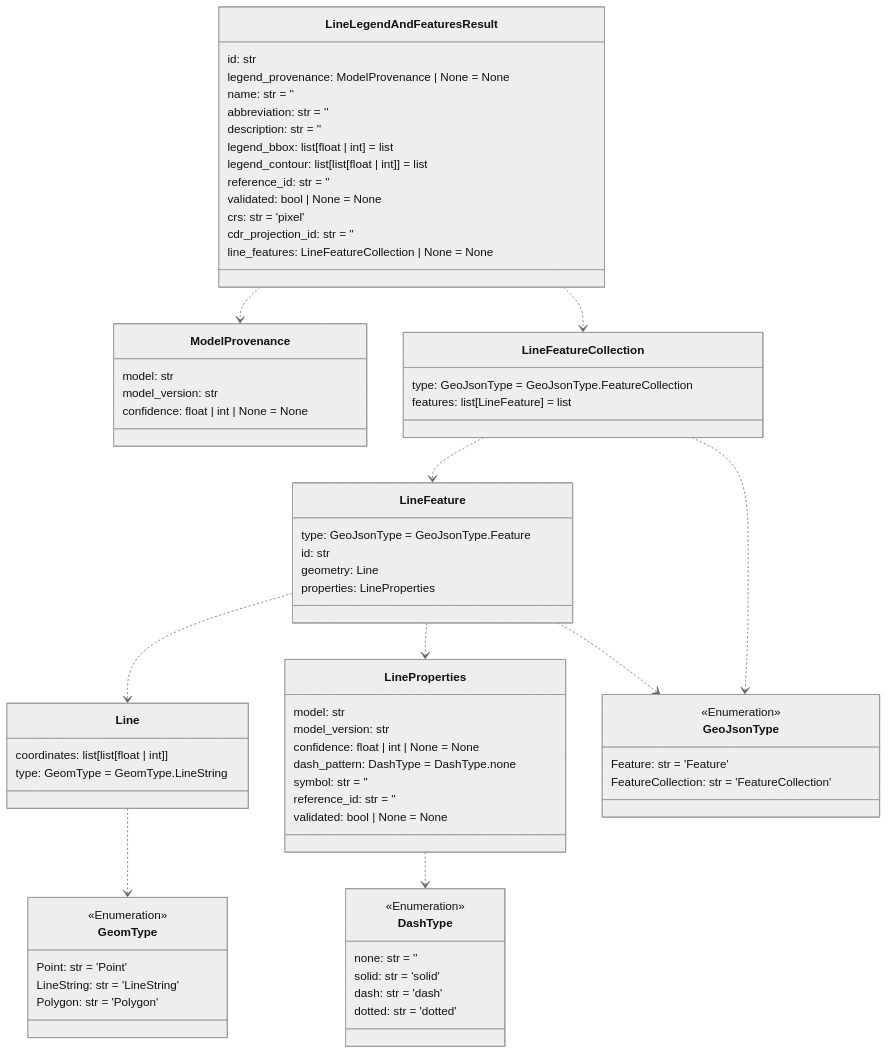
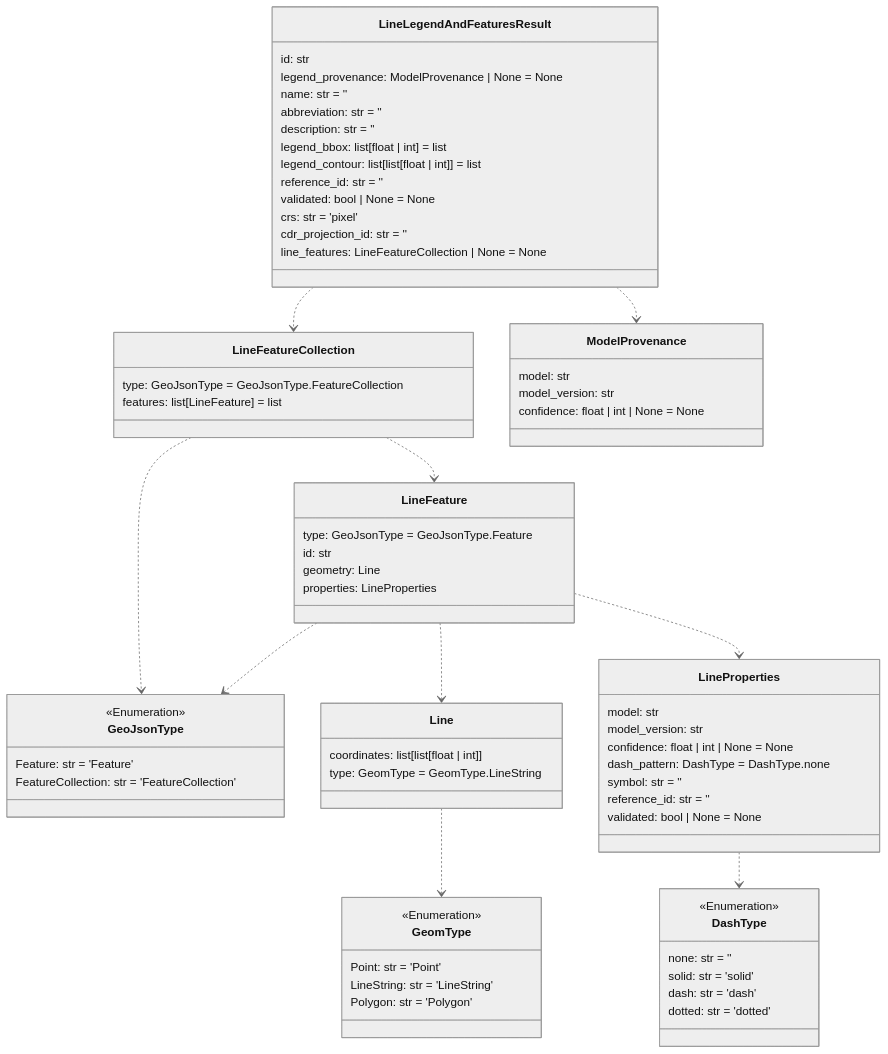
One commit to DARPA-CRITICALMAAS/cdr_schemas changed the sixth of 14 diagrams in README.md. Above: the diagram before and after it, drawn with Mermaid (neutral theme). The commit also changed other lines of this file and 1 other file, not shown here.

````diff
--- a/README.md
+++ b/README.md
@@ -452,84 +452,84 @@
 ```mermaid
 classDiagram
+
+    class DashType {
+        <<Enumeration>>
+        none: str = ''
+        solid: str = 'solid'
+        dash: str = 'dash'
+        dotted: str = 'dotted'
+    }
 
     class LineFeature {
         type: GeoJsonType = GeoJsonType.Feature
         id: str
         geometry: Line
         properties: LineProperties
+    }
+
+    class Line {
+        coordinates: list[list[float | int]]
+        type: GeomType = GeomType.LineString
+    }
+
+    class ModelProvenance {
+        model: str
+        model_version: str
+        confidence: float | int | None = None
+    }
+
+    class LineFeatureCollection {
+        type: GeoJsonType = GeoJsonType.FeatureCollection
+        features: list[LineFeature] = list
+    }
+
+    class GeomType {
+        <<Enumeration>>
+        Point: str = 'Point'
+        LineString: str = 'LineString'
+        Polygon: str = 'Polygon'
+    }
+
+    class GeoJsonType {
+        <<Enumeration>>
+        Feature: str = 'Feature'
+        FeatureCollection: str = 'FeatureCollection'
+    }
+
+    class LineProperties {
+        model: str
+        model_version: str
+        confidence: float | int | None = None
+        dash_pattern: DashType = DashType.none
+        symbol: str = ''
+        reference_id: str = ''
+        validated: bool | None = None
     }
 
     class LineLegendAndFeaturesResult {
         id: str
         legend_provenance: ModelProvenance | None = None
         name: str = ''
         abbreviation: str = ''
         description: str = ''
         legend_bbox: list[float | int] = list
         legend_contour: list[list[float | int]] = list
         reference_id: str = ''
         validated: bool | None = None
         crs: str = 'pixel'
         cdr_projection_id: str = ''
         line_features: LineFeatureCollection | None = None
     }
 
-    class LineProperties {
-        model: str
-        model_version: str
-        confidence: float | int | None = None
-        dash_pattern: DashType = DashType.none
-        symbol: str = ''
-        reference_id: str = ''
-        validated: bool | None = None
-    }
-
-    class ModelProvenance {
-        model: str
-        model_version: str
-        confidence: float | int | None = None
-    }
-
-    class Line {
-        coordinates: list[list[float | int]]
-        type: GeomType = GeomType.LineString
-    }
-
-    class GeoJsonType {
-        <<Enumeration>>
-        Feature: str = 'Feature'
-        FeatureCollection: str = 'FeatureCollection'
-    }
-
-    class LineFeatureCollection {
-        type: GeoJsonType = GeoJsonType.FeatureCollection
-        features: list[LineFeature] = list
-    }
-
-    class DashType {
-        <<Enumeration>>
-        none: str = ''
-        solid: str = 'solid'
-        dash: str = 'dash'
-        dotted: str = 'dotted'
-    }
-
-    class GeomType {
-        <<Enumeration>>
-        Point: str = 'Point'
-        LineString: str = 'LineString'
-        Polygon: str = 'Polygon'
-    }
-
     Line ..> GeomType
     LineProperties ..> DashType
     LineFeature ..> GeoJsonType
     LineFeature ..> Line
     LineFeature ..> LineProperties
+    LineFeatureCollection ..> GeoJsonType
     LineFeatureCollection ..> LineFeature
-    LineFeatureCollection ..> GeoJsonType
     LineLegendAndFeaturesResult ..> LineFeatureCollection
     LineLegendAndFeaturesResult ..> ModelProvenance
 
 
 ```
````
